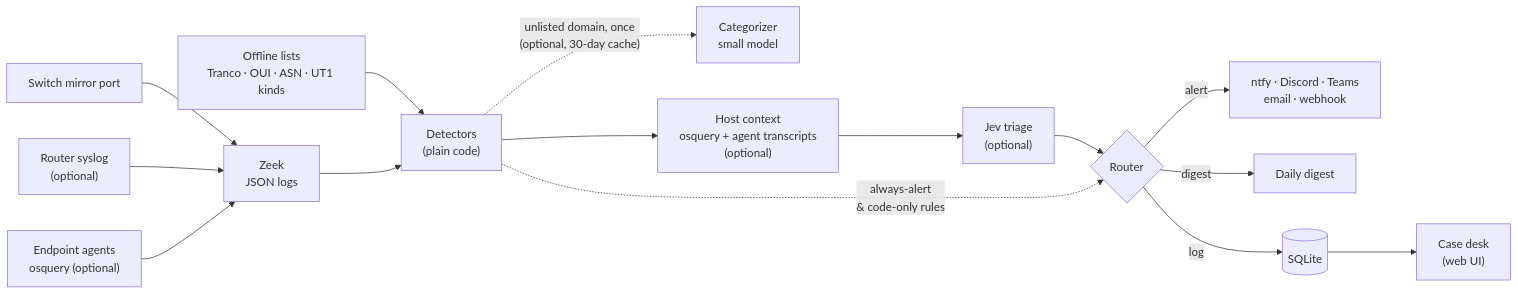
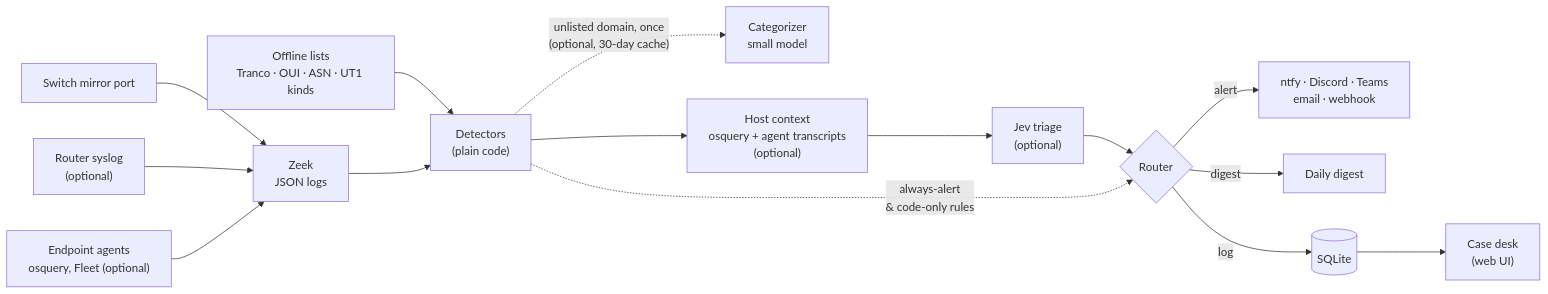
The diagram in data/readmes/barnabys-drew__tapwatch.md (zqf20096327/dbhub_collect), drawn with Mermaid before and after one commit. The commit also changed other lines of this file and 570 other files, not shown here.

````diff
--- a/data/readmes/barnabys-drew__tapwatch.md
+++ b/data/readmes/barnabys-drew__tapwatch.md
@@ -43,17 +45,17 @@
 ```mermaid
 flowchart LR
     M["Switch mirror port"] --> Z["Zeek<br/>JSON logs"]
     S["Router syslog<br/>(optional)"] --> Z
-    A["Endpoint agents<br/>osquery (optional)"] --> Z
+    A["Endpoint agents<br/>osquery, Fleet (optional)"] --> Z
     L["Offline lists<br/>Tranco · OUI · ASN · UT1 kinds"] --> D
     Z --> D["Detectors<br/>(plain code)"]
     D -. "unlisted domain, once<br/>(optional, 30-day cache)" .-> C["Categorizer<br/>small model"]
     D --> H["Host context<br/>osquery + agent transcripts<br/>(optional)"]
     H --> J["Jev triage<br/>(optional)"]
     J --> R{"Router"}
     D -. "always-alert<br/>& code-only rules" .-> R
     R -->|alert| N["ntfy · Discord · Teams<br/>email · webhook"]
     R -->|digest| G["Daily digest"]
     R -->|log| DB[("SQLite")]
     DB --> UI["Case desk<br/>(web UI)"]
 ```
````
